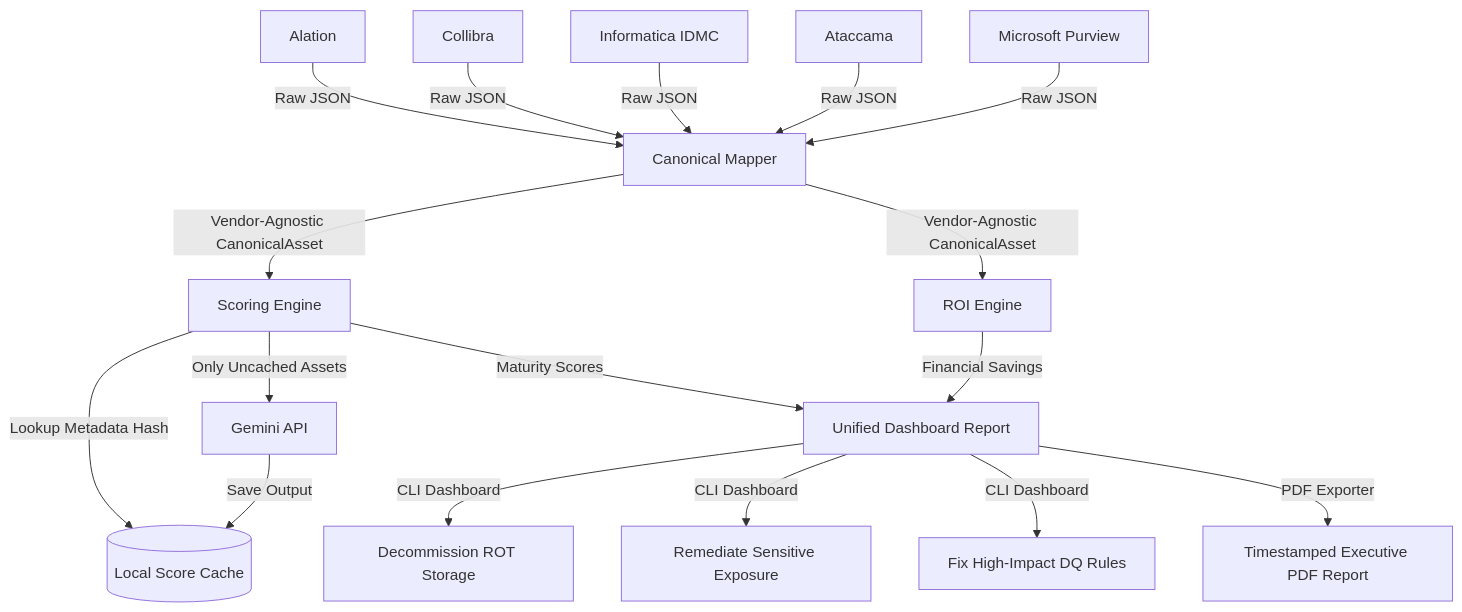
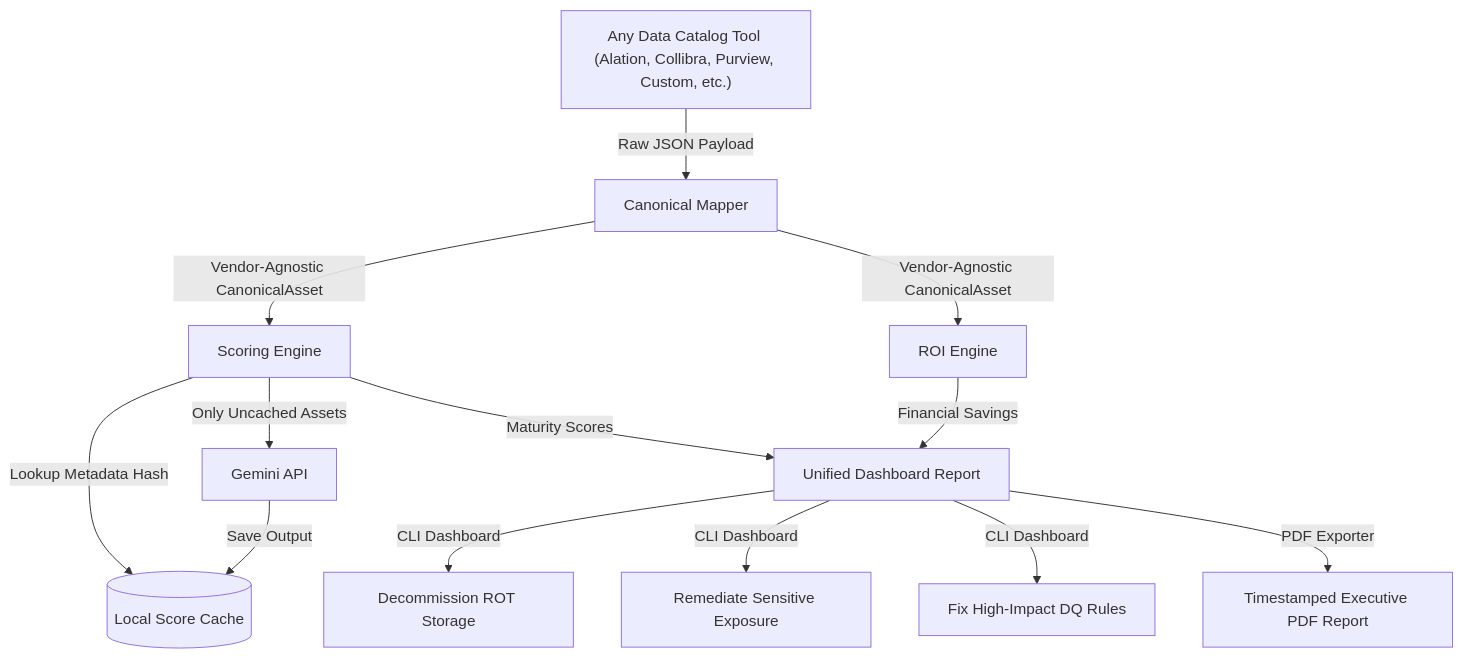
One commit to yashbhagde/AI-powered-DG-ROI-Optimization-Accelerator changed the diagram in README.md. Above: the diagram before and after it, drawn with Mermaid. The commit also changed other lines of this file, not shown here.

Commit message:
Update README architecture flow diagram to show a general catalog tool box

````diff
--- a/README.md
+++ b/README.md
@@ -16,23 +16,19 @@
 ```mermaid
 graph TD
-    A[Alation] -->|Raw JSON| F[Canonical Mapper]
-    B[Collibra] -->|Raw JSON| F
-    C[Informatica IDMC] -->|Raw JSON| F
-    D[Ataccama] -->|Raw JSON| F
-    E[Microsoft Purview] -->|Raw JSON| F
+    A["Any Data Catalog Tool <br>(Alation, Collibra, Purview, Custom, etc.)"] -->|Raw JSON Payload| F[Canonical Mapper]
     
     F -->|Vendor-Agnostic CanonicalAsset| G[Scoring Engine]
     F -->|Vendor-Agnostic CanonicalAsset| H[ROI Engine]
     
     G -->|Lookup Metadata Hash| Cache[(Local Score Cache)]
     G -->|Only Uncached Assets| Gemini[Gemini API]
     Gemini -->|Save Output| Cache
     
     G -->|Maturity Scores| I[Unified Dashboard Report]
     H -->|Financial Savings| I
     
     I -->|CLI Dashboard| J[Decommission ROT Storage]
     I -->|CLI Dashboard| K[Remediate Sensitive Exposure]
     I -->|CLI Dashboard| L[Fix High-Impact DQ Rules]
     I -->|PDF Exporter| M[Timestamped Executive PDF Report]
 ```
````
